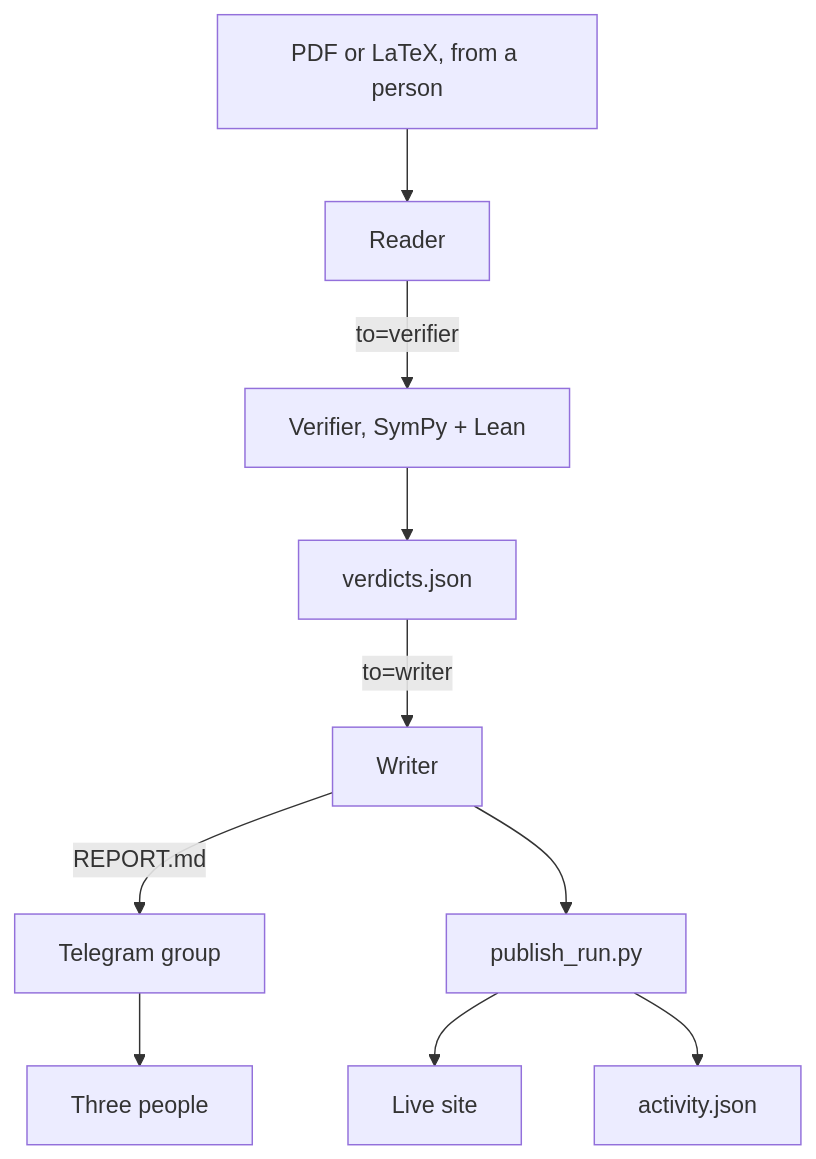
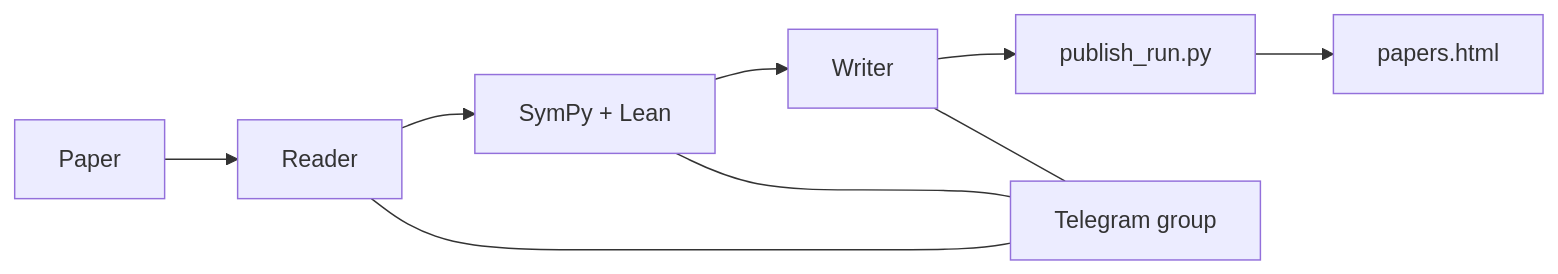
Before and after one commit to AgentForgeWorkshop/sanity: the diagram in README.md, drawn with Mermaid. The commit also changed other lines of this file, not shown here.

````diff
--- a/README.md
+++ b/README.md
@@ -54,12 +55,7 @@
 ```mermaid
-flowchart TD
-  paper["PDF or LaTeX, from a person"] --> reader["Reader"]
-  reader -->|"to=verifier"| verifier["Verifier, SymPy + Lean"]
-  verifier --> verdicts["verdicts.json"]
-  verdicts -->|"to=writer"| writer["Writer"]
-  writer -->|"REPORT.md"| group["Telegram group"]
-  group --> people["Three people"]
-  writer --> publish["publish_run.py"]
-  publish --> site["Live site"]
-  publish --> activity["activity.json"]
+flowchart LR
+  paper["Paper"] --> reader["Reader"] --> verifier["SymPy + Lean"] --> writer["Writer"] --> publish["publish_run.py"] --> papers["papers.html"]
+  reader --- group["Telegram group"]
+  verifier --- group
+  writer --- group
 ```
````
